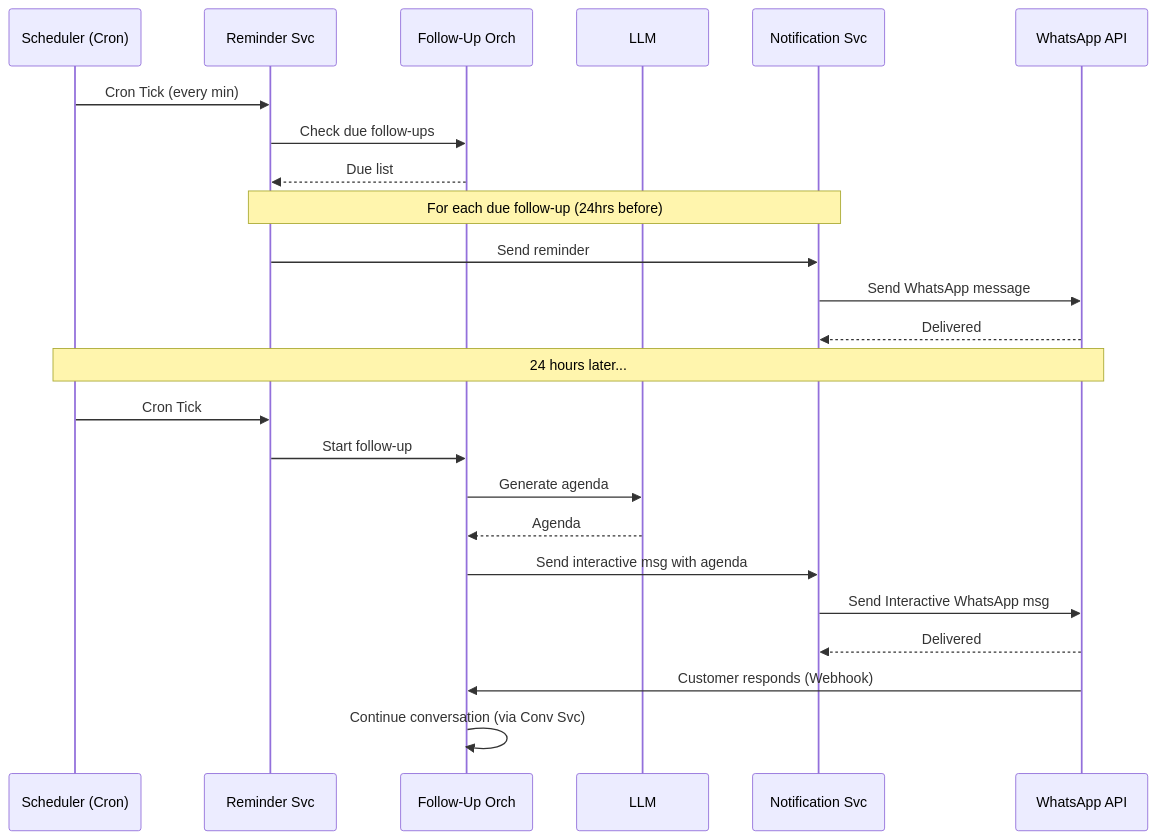
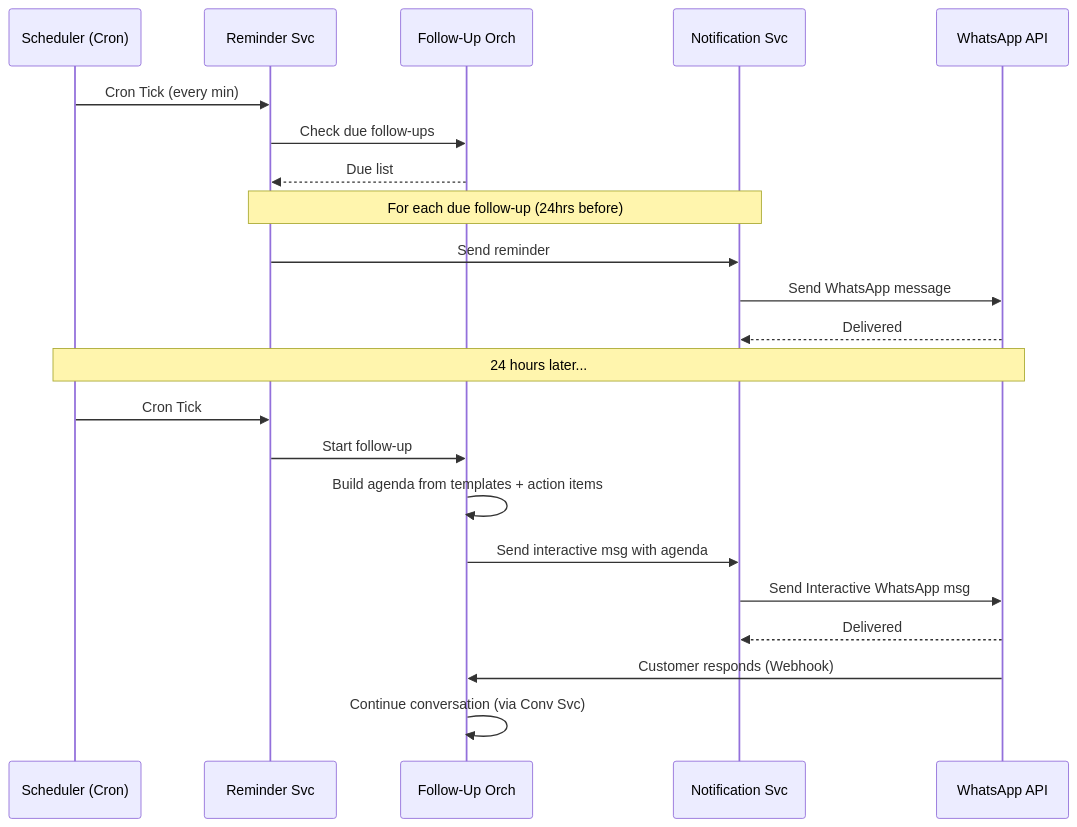
One commit to Cognition-Partner-Workshops/uc-framework-upgrade-monolith-to-microservices changed the third of 3 diagrams in docs/design/03-low-level-design.md. Above: the diagram before and after it, drawn with Mermaid. The commit also changed other lines of this file and 4 other files, not shown here.

````diff
--- a/docs/design/03-low-level-design.md
+++ b/docs/design/03-low-level-design.md
@@ -1023,32 +1021,30 @@
 ```mermaid
 sequenceDiagram
     participant SCH as Scheduler (Cron)
     participant REM as Reminder Svc
     participant FU as Follow-Up Orch
-    participant LLM as LLM
     participant NS as Notification Svc
     participant WA as WhatsApp API
 
     SCH->>REM: Cron Tick (every min)
     REM->>FU: Check due follow-ups
     FU-->>REM: Due list
 
     Note over REM,NS: For each due follow-up (24hrs before)
 
     REM->>NS: Send reminder
     NS->>WA: Send WhatsApp message
     WA-->>NS: Delivered
 
     Note over SCH,WA: 24 hours later...
 
     SCH->>REM: Cron Tick
     REM->>FU: Start follow-up
-    FU->>LLM: Generate agenda
-    LLM-->>FU: Agenda
+    FU->>FU: Build agenda from templates + action items
     FU->>NS: Send interactive msg with agenda
     NS->>WA: Send Interactive WhatsApp msg
     WA-->>NS: Delivered
 
     WA->>FU: Customer responds (Webhook)
     FU->>FU: Continue conversation (via Conv Svc)
 ```
````
